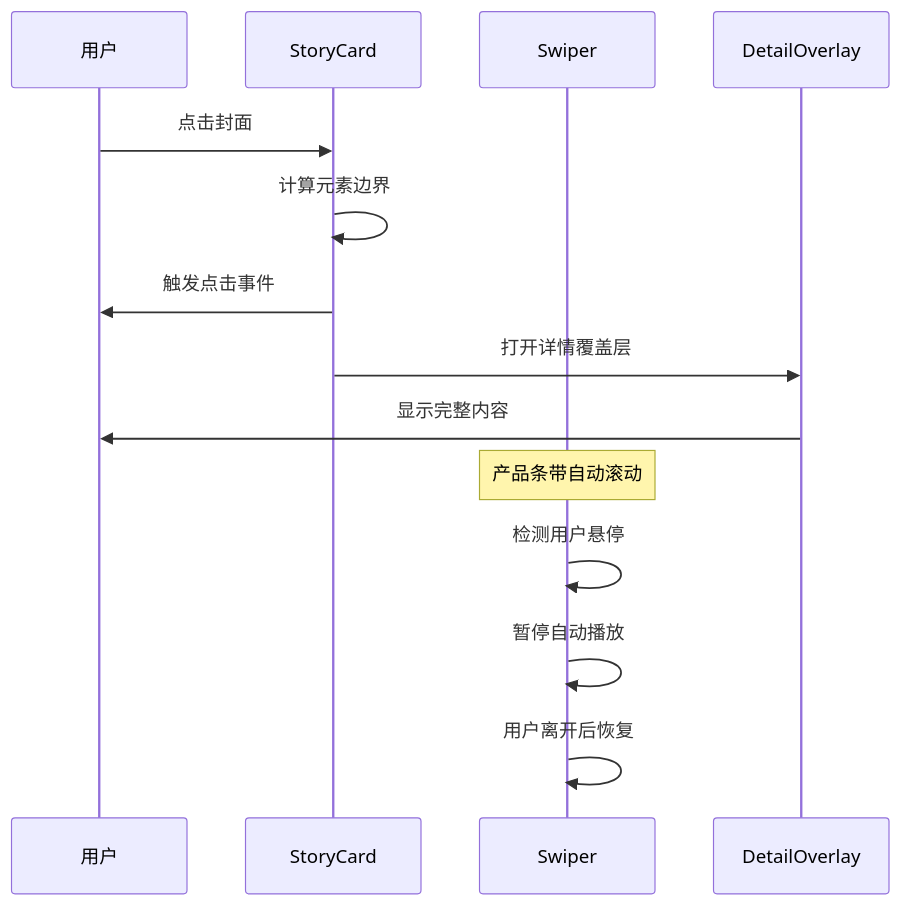
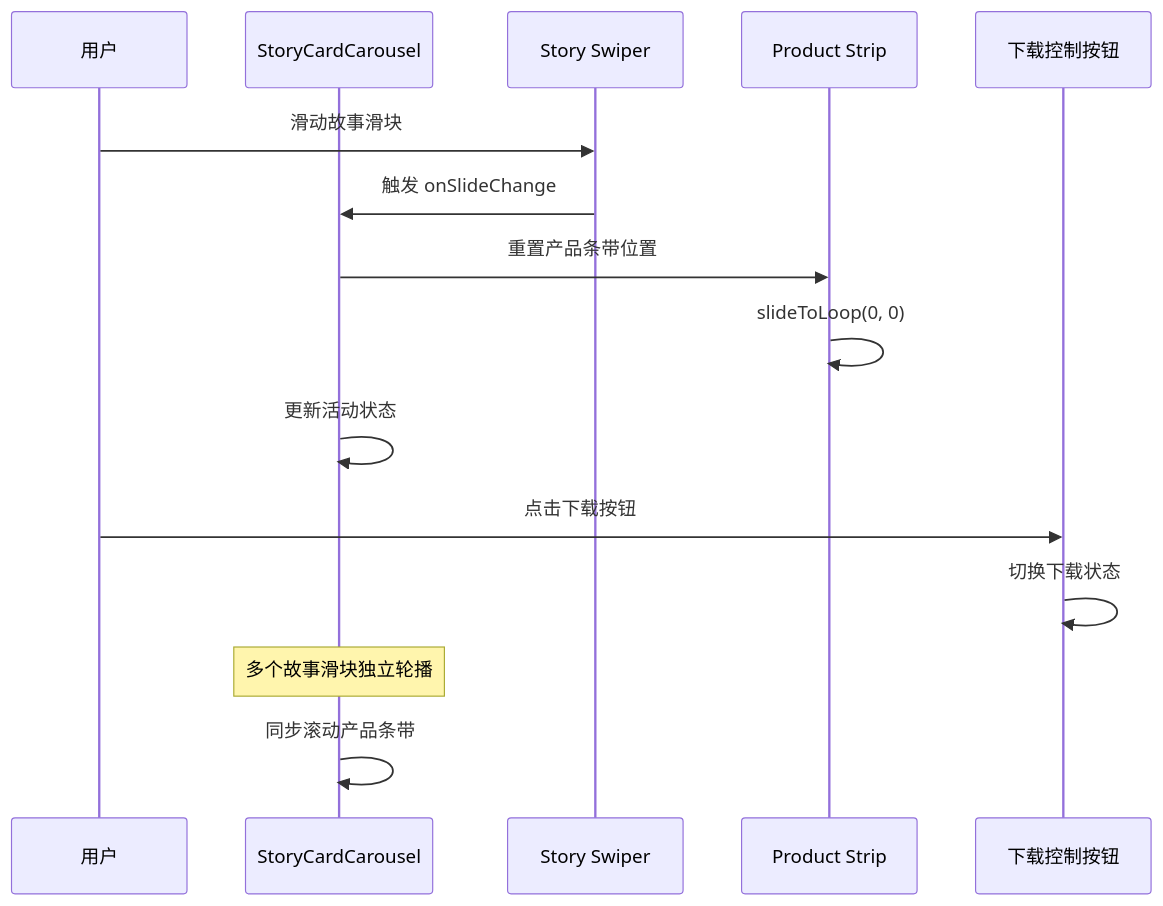
Before and after one commit to billye220670/newSquare: the tenth of 14 diagrams in .qoder/repowiki/zh/content/内容卡片系统/单品故事卡片.md, drawn with Mermaid. The commit also changed other lines of this file and 7 other files, not shown here.

````diff
--- a/.qoder/repowiki/zh/content/内容卡片系统/单品故事卡片.md
+++ b/.qoder/repowiki/zh/content/内容卡片系统/单品故事卡片.md
@@ -300,16 +396,17 @@
 ```mermaid
 sequenceDiagram
 participant U as 用户
-participant SC as StoryCard
-participant SW as Swiper
-participant DO as DetailOverlay
-U->>SC : 点击封面
-SC->>SC : 计算元素边界
-SC->>U : 触发点击事件
-SC->>DO : 打开详情覆盖层
-DO->>U : 显示完整内容
-Note over SW : 产品条带自动滚动
-SW->>SW : 检测用户悬停
-SW->>SW : 暂停自动播放
-SW->>SW : 用户离开后恢复
+participant SCC as StoryCardCarousel
+participant SS as Story Swiper
+participant PS as Product Strip
+participant DCB as 下载控制按钮
+U->>SS : 滑动故事滑块
+SS->>SCC : 触发 onSlideChange
+SCC->>PS : 重置产品条带位置
+PS->>PS : slideToLoop(0, 0)
+SCC->>SCC : 更新活动状态
+U->>DCB : 点击下载按钮
+DCB->>DCB : 切换下载状态
+Note over SCC : 多个故事滑块独立轮播
+SCC->>SCC : 同步滚动产品条带
 ```
````
